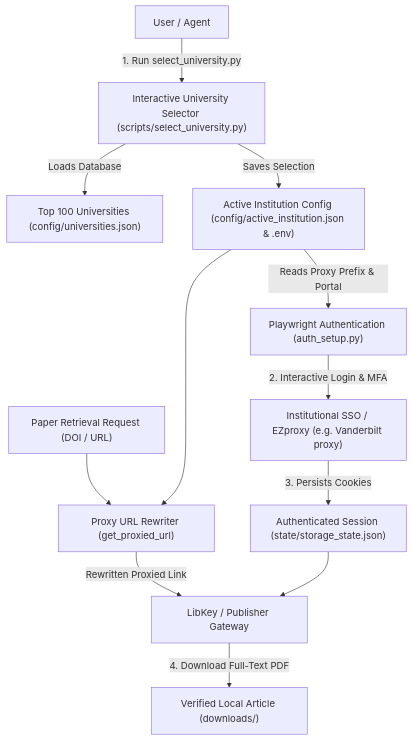
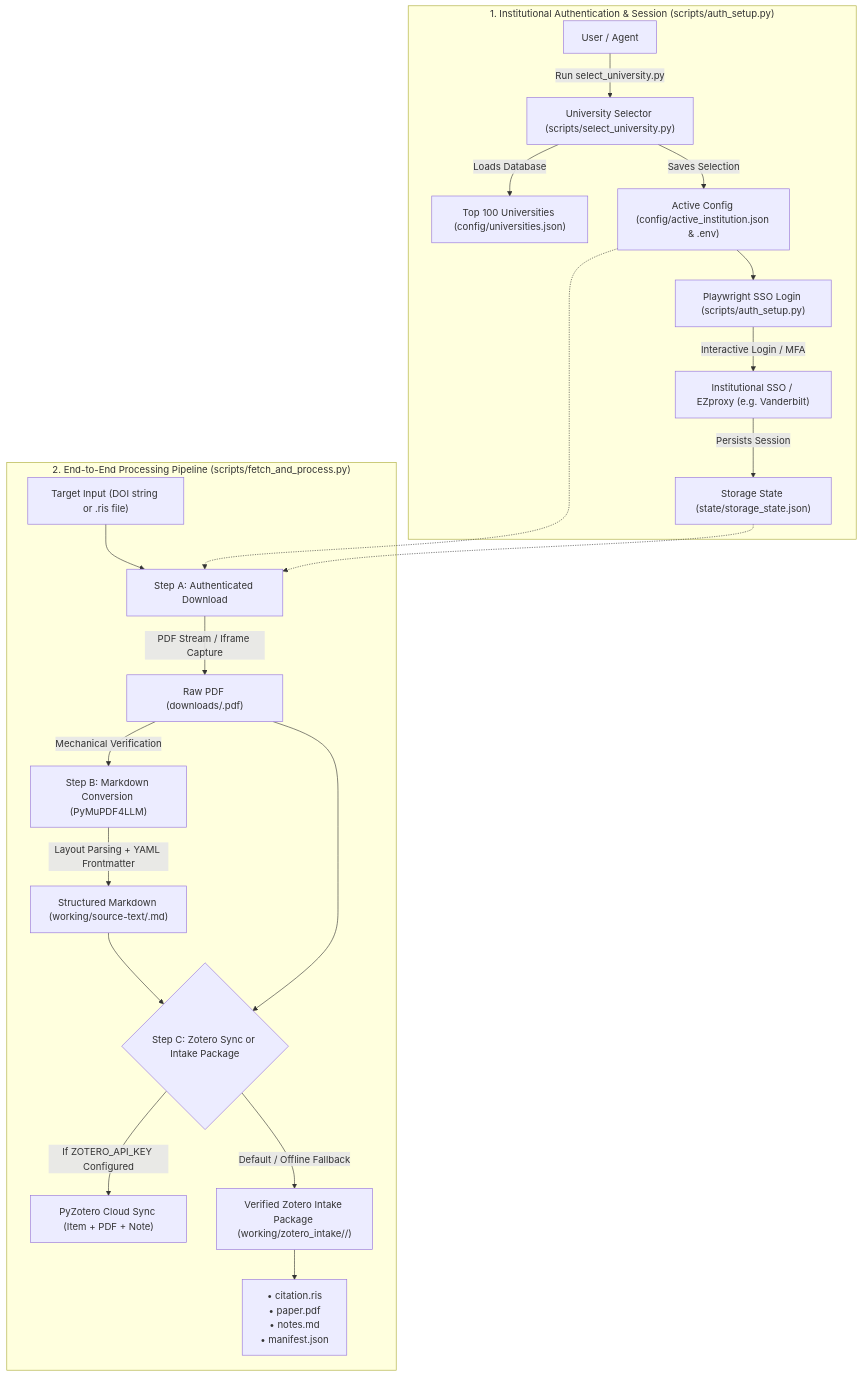
One commit to lgarbar/literature-research-skills changed the diagram in README.md. Above: the diagram before and after it, drawn with Mermaid. The commit also changed other lines of this file and 4 other files, not shown here.

Commit message:
refactor: decouple auth setup and implement end-to-end download-markdown-zotero pipeline

````diff
--- a/README.md
+++ b/README.md
@@ -47,16 +49,27 @@
 ```mermaid
 flowchart TD
-    User["User / Agent"] -->|"1. Run select_university.py"| Selector["Interactive University Selector (scripts/select_university.py)"]
-    Selector -->|"Loads Database"| UniDB["Top 100 Universities (config/universities.json)"]
-    Selector -->|"Saves Selection"| Config["Active Institution Config (config/active_institution.json & .env)"]
-    
-    Config -->|"Reads Proxy Prefix & Portal"| Auth["Playwright Authentication (auth_setup.py)"]
-    Auth -->|"2. Interactive Login & MFA"| IdP["Institutional SSO / EZproxy (e.g. Vanderbilt proxy)"]
-    IdP -->|"3. Persists Cookies"| SessionState["Authenticated Session (state/storage_state.json)"]
-    
-    PaperReq["Paper Retrieval Request (DOI / URL)"] --> Router["Proxy URL Rewriter (get_proxied_url)"]
-    Config --> Router
-    Router -->|"Rewritten Proxied Link"| Resolver["LibKey / Publisher Gateway"]
-    SessionState --> Resolver
-    Resolver -->|"4. Download Full-Text PDF"| VerifiedFile["Verified Local Article (downloads/)"]
+    subgraph AuthSession["1. Institutional Authentication & Session (scripts/auth_setup.py)"]
+        User["User / Agent"] -->|"Run select_university.py"| Selector["University Selector (scripts/select_university.py)"]
+        Selector -->|"Loads Database"| UniDB["Top 100 Universities (config/universities.json)"]
+        Selector -->|"Saves Selection"| Config["Active Config (config/active_institution.json & .env)"]
+        Config --> Auth["Playwright SSO Login (scripts/auth_setup.py)"]
+        Auth -->|"Interactive Login / MFA"| IdP["Institutional SSO / EZproxy (e.g. Vanderbilt)"]
+        IdP -->|"Persists Session"| SessionState["Storage State (state/storage_state.json)"]
+    end
+
+    subgraph Pipeline["2. End-to-End Processing Pipeline (scripts/fetch_and_process.py)"]
+        Input["Target Input (DOI string or .ris file)"] --> StepA["Step A: Authenticated Download"]
+        Config -.-> StepA
+        SessionState -.-> StepA
+        StepA -->|"PDF Stream / Iframe Capture"| RawPDF["Raw PDF (downloads/<doi>.pdf)"]
+        RawPDF -->|"Mechanical Verification"| StepB["Step B: Markdown Conversion (PyMuPDF4LLM)"]
+        StepB -->|"Layout Parsing + YAML Frontmatter"| SourceMD["Structured Markdown (working/source-text/<doi>.md)"]
+        
+        SourceMD --> StepC{"Step C: Zotero Sync or Intake Package"}
+        RawPDF --> StepC
+        
+        StepC -->|"If ZOTERO_API_KEY Configured"| ZoteroCloud["PyZotero Cloud Sync (Item + PDF + Note)"]
+        StepC -->|"Default / Offline Fallback"| IntakePkg["Verified Zotero Intake Package (working/zotero_intake/<doi>/)"]
+        IntakePkg --> IntakeFiles["• citation.ris\n• paper.pdf\n• notes.md\n• manifest.json"]
+    end
 ```
````
